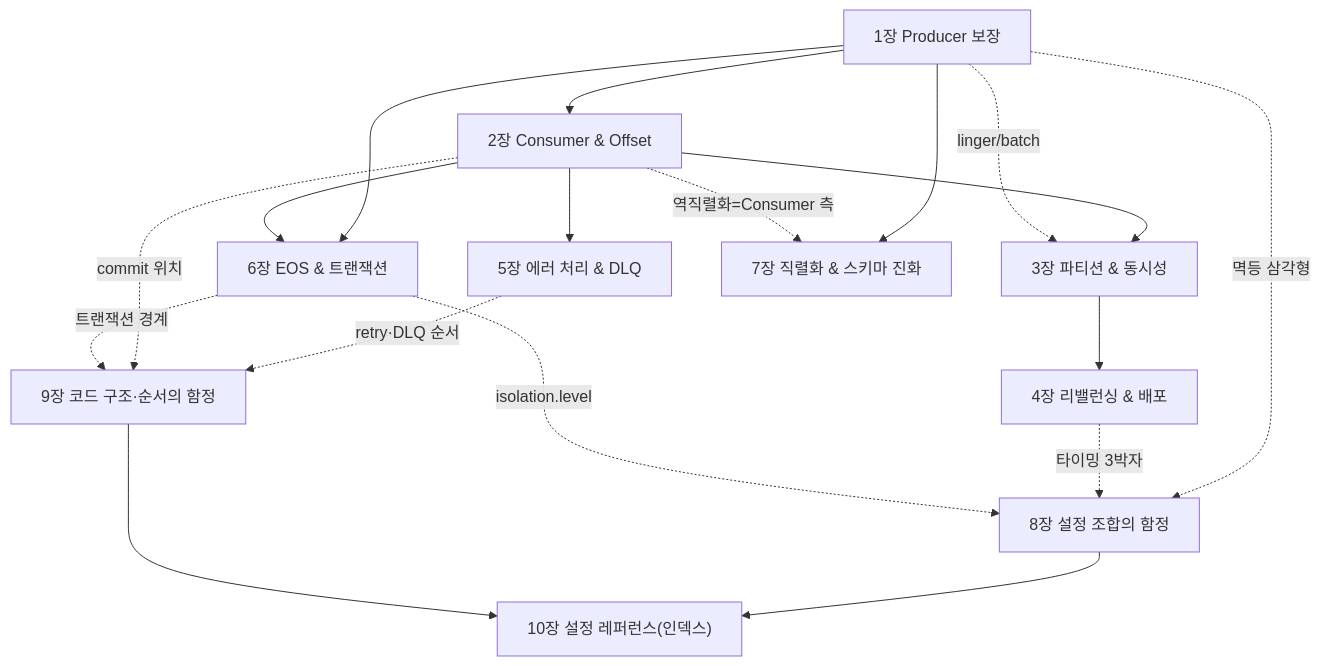
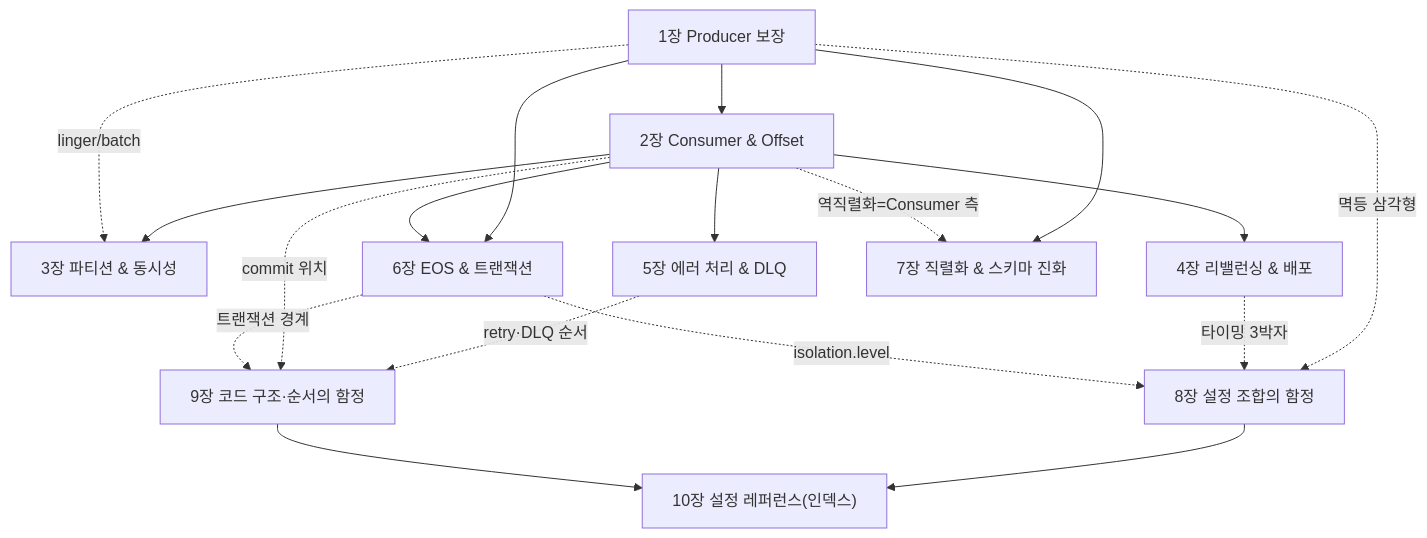
One commit to ghtjr410/kafka-lab changed the second of 2 diagrams in docs/book/2-spring/README.md. Above: the diagram before and after it, drawn with Mermaid. The commit also changed other lines of this file, not shown here.

````diff
--- a/docs/book/2-spring/README.md
+++ b/docs/book/2-spring/README.md
@@ -66,20 +66,20 @@
 ```mermaid
 graph TB
     C1["1장 Producer 보장"] --> C2["2장 Consumer & Offset"]
     C2 --> C3["3장 파티션 & 동시성"]
-    C3 --> C4["4장 리밸런싱 & 배포"]
+    C2 --> C4["4장 리밸런싱 & 배포"]
     C2 --> C5["5장 에러 처리 & DLQ"]
     C1 --> C6["6장 EOS & 트랜잭션"]
     C2 --> C6
     C1 --> C7["7장 직렬화 & 스키마 진화"]
     C2 -. "역직렬화=Consumer 측" .-> C7
     C1 -. "linger/batch" .-> C3
     C1 -. "멱등 삼각형" .-> X8["8장 설정 조합의 함정"]
     C4 -. "타이밍 3박자" .-> X8
     C6 -. "isolation.level" .-> X8
     C5 -. "retry·DLQ 순서" .-> X9["9장 코드 구조·순서의 함정"]
     C2 -. "commit 위치" .-> X9
     C6 -. "트랜잭션 경계" .-> X9
     X8 --> X10["10장 설정 레퍼런스(인덱스)"]
     X9 --> X10
 ```
````
